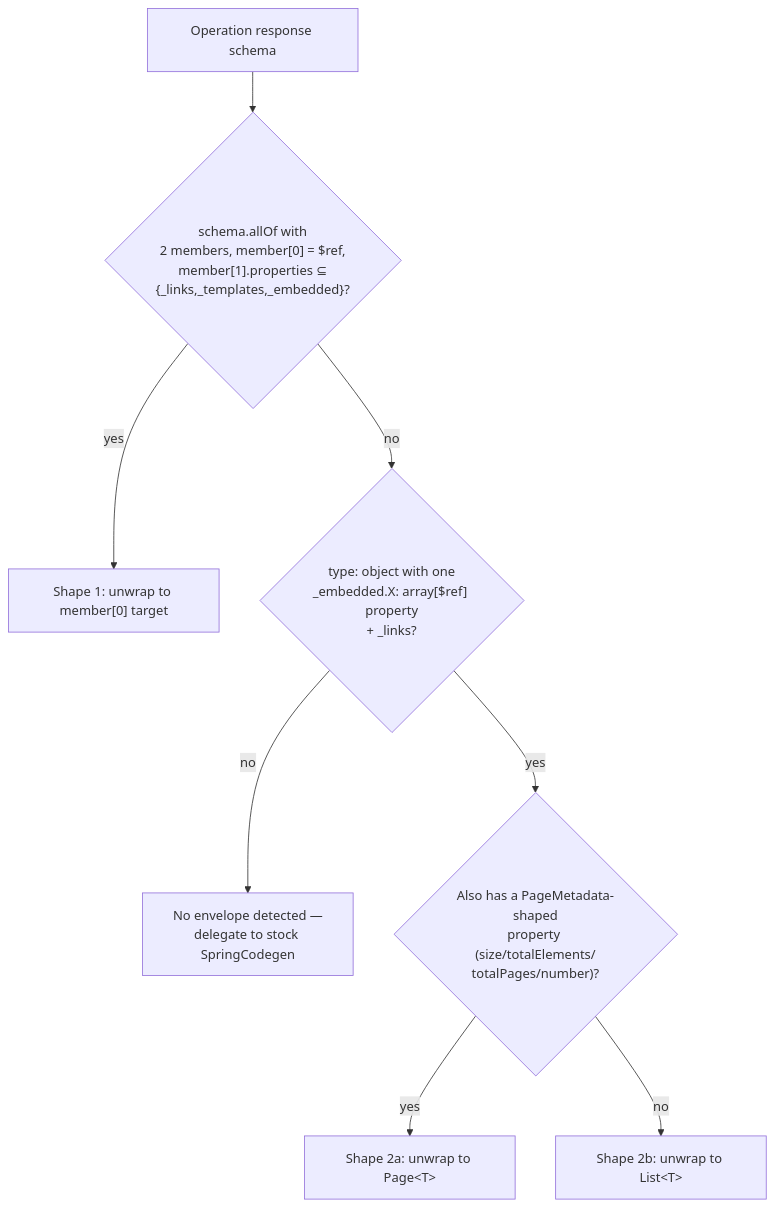
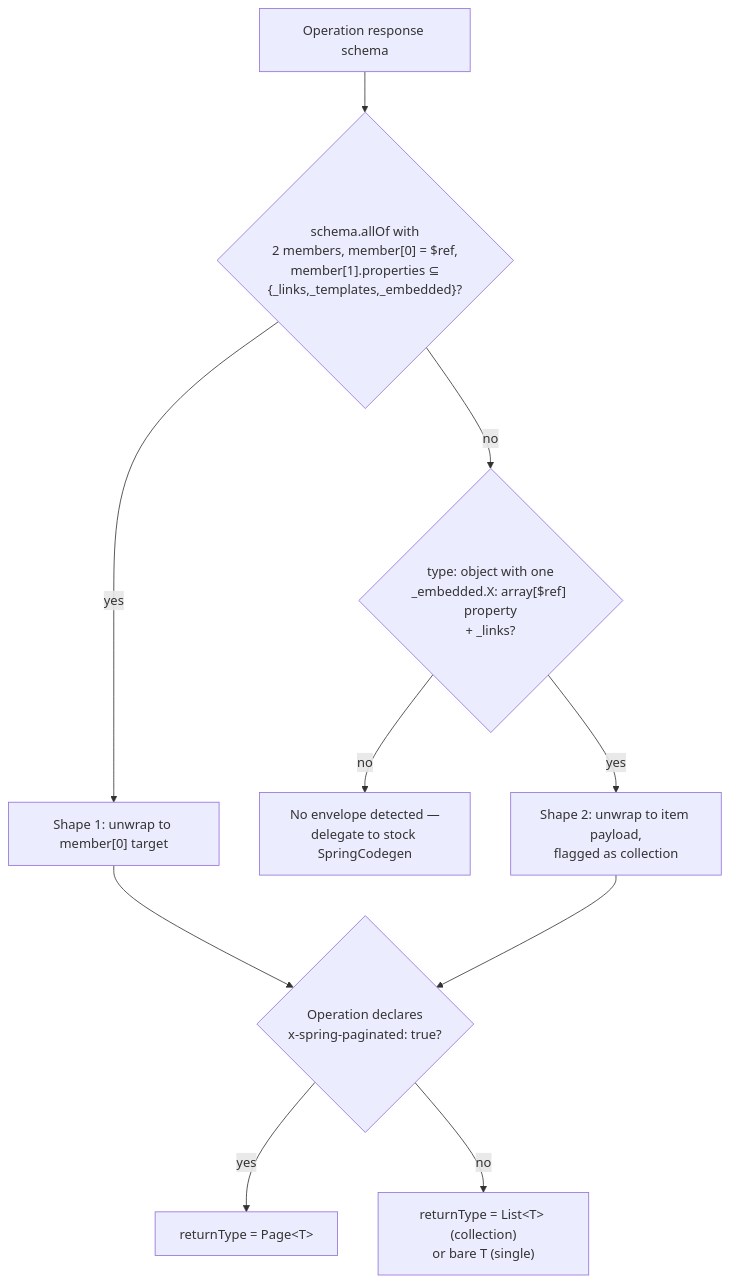
The diagram in openspec/changes/custom-openapi-codegen/design.md (zabiny/klabis), drawn with Mermaid before and after one commit. The commit also changed other lines of this file and 7 other files, not shown here.

First line of the commit message:
feat(openapi): resolve return types in KlabisSpringCodegen

````diff
--- a/openspec/changes/custom-openapi-codegen/design.md
+++ b/openspec/changes/custom-openapi-codegen/design.md
@@ -198,10 +241,12 @@
 ```mermaid
 flowchart TD
     A["Operation response schema"] --> B{"schema.allOf with\n2 members, member[0] = $ref,\nmember[1].properties ⊆\n{_links,_templates,_embedded}?"}
     B -- yes --> C["Shape 1: unwrap to member[0] target"]
     B -- no --> D{"type: object with one\n_embedded.X: array[$ref] property\n+ _links?"}
     D -- no --> E["No envelope detected —\ndelegate to stock SpringCodegen"]
-    D -- yes --> F{"Also has a PageMetadata-shaped\nproperty (size/totalElements/\ntotalPages/number)?"}
-    F -- yes --> G["Shape 2a: unwrap to Page&lt;T&gt;"]
-    F -- no --> H["Shape 2b: unwrap to List&lt;T&gt;"]
+    D -- yes --> F["Shape 2: unwrap to item payload,\nflagged as collection"]
+    C --> I{"Operation declares\nx-spring-paginated: true?"}
+    F --> I
+    I -- yes --> G["returnType = Page&lt;T&gt;"]
+    I -- no --> H["returnType = List&lt;T&gt; (collection)\nor bare T (single)"]
 ```
````
